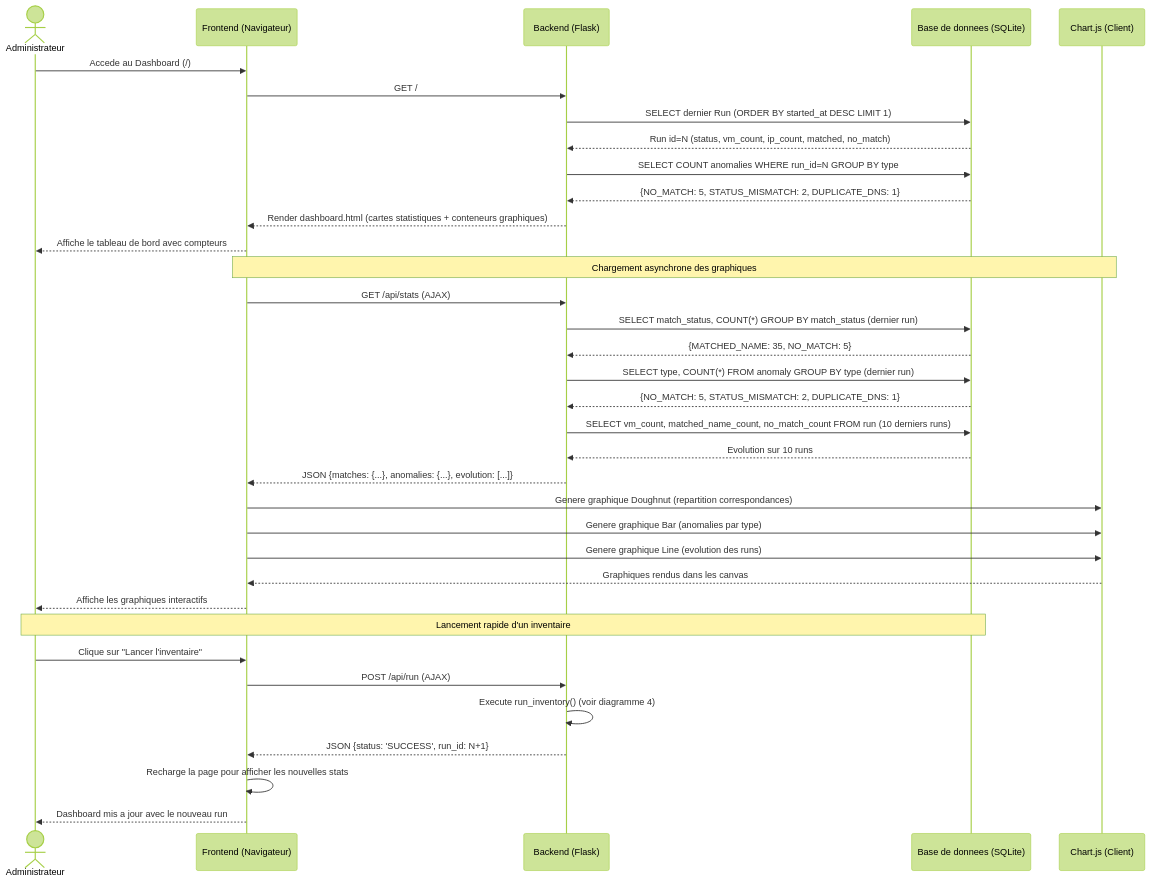
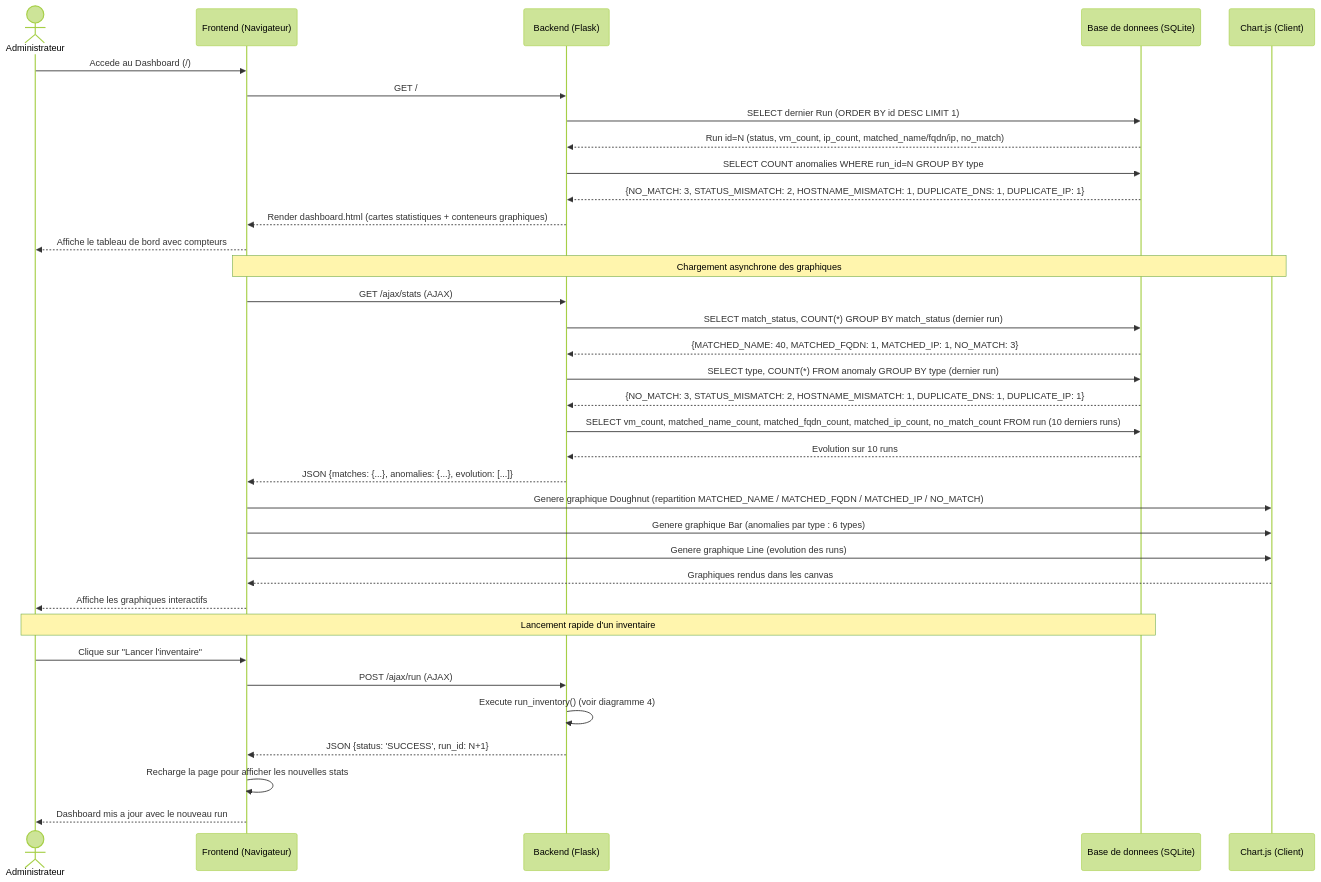
The eighth of 9 diagrams in Diagrammes_CloudInventory.md (Fr0gzilla/CloudInventory.v2), drawn with Mermaid (forest theme) before and after one commit. The commit also changed other lines of this file and 21 other files, not shown here.

````diff
--- a/Diagrammes_CloudInventory.md
+++ b/Diagrammes_CloudInventory.md
@@ -590,51 +628,51 @@
 ```mermaid
 sequenceDiagram
     actor Admin as Administrateur
     participant F as Frontend (Navigateur)
     participant B as Backend (Flask)
     participant DB as Base de donnees (SQLite)
     participant CJS as Chart.js (Client)
 
     Admin->>F: Accede au Dashboard (/)
     F->>B: GET /
 
-    B->>DB: SELECT dernier Run (ORDER BY started_at DESC LIMIT 1)
-    DB-->>B: Run id=N (status, vm_count, ip_count, matched, no_match)
+    B->>DB: SELECT dernier Run (ORDER BY id DESC LIMIT 1)
+    DB-->>B: Run id=N (status, vm_count, ip_count, matched_name/fqdn/ip, no_match)
 
     B->>DB: SELECT COUNT anomalies WHERE run_id=N GROUP BY type
-    DB-->>B: {NO_MATCH: 5, STATUS_MISMATCH: 2, DUPLICATE_DNS: 1}
+    DB-->>B: {NO_MATCH: 3, STATUS_MISMATCH: 2, HOSTNAME_MISMATCH: 1, DUPLICATE_DNS: 1, DUPLICATE_IP: 1}
 
     B-->>F: Render dashboard.html (cartes statistiques + conteneurs graphiques)
     F-->>Admin: Affiche le tableau de bord avec compteurs
 
     Note over F, CJS: Chargement asynchrone des graphiques
 
-    F->>B: GET /api/stats (AJAX)
+    F->>B: GET /ajax/stats (AJAX)
 
     B->>DB: SELECT match_status, COUNT(*) GROUP BY match_status (dernier run)
-    DB-->>B: {MATCHED_NAME: 35, NO_MATCH: 5}
+    DB-->>B: {MATCHED_NAME: 40, MATCHED_FQDN: 1, MATCHED_IP: 1, NO_MATCH: 3}
 
     B->>DB: SELECT type, COUNT(*) FROM anomaly GROUP BY type (dernier run)
-    DB-->>B: {NO_MATCH: 5, STATUS_MISMATCH: 2, DUPLICATE_DNS: 1}
+    DB-->>B: {NO_MATCH: 3, STATUS_MISMATCH: 2, HOSTNAME_MISMATCH: 1, DUPLICATE_DNS: 1, DUPLICATE_IP: 1}
 
-    B->>DB: SELECT vm_count, matched_name_count, no_match_count FROM run (10 derniers runs)
+    B->>DB: SELECT vm_count, matched_name_count, matched_fqdn_count, matched_ip_count, no_match_count FROM run (10 derniers runs)
     DB-->>B: Evolution sur 10 runs
 
     B-->>F: JSON {matches: {...}, anomalies: {...}, evolution: [...]}
 
-    F->>CJS: Genere graphique Doughnut (repartition correspondances)
-    F->>CJS: Genere graphique Bar (anomalies par type)
+    F->>CJS: Genere graphique Doughnut (repartition MATCHED_NAME / MATCHED_FQDN / MATCHED_IP / NO_MATCH)
+    F->>CJS: Genere graphique Bar (anomalies par type : 6 types)
     F->>CJS: Genere graphique Line (evolution des runs)
     CJS-->>F: Graphiques rendus dans les canvas
 
     F-->>Admin: Affiche les graphiques interactifs
 
     Note over Admin, DB: Lancement rapide d'un inventaire
 
     Admin->>F: Clique sur "Lancer l'inventaire"
-    F->>B: POST /api/run (AJAX)
+    F->>B: POST /ajax/run (AJAX)
     B->>B: Execute run_inventory() (voir diagramme 4)
     B-->>F: JSON {status: 'SUCCESS', run_id: N+1}
     F->>F: Recharge la page pour afficher les nouvelles stats
     F-->>Admin: Dashboard mis a jour avec le nouveau run
 ```
````
